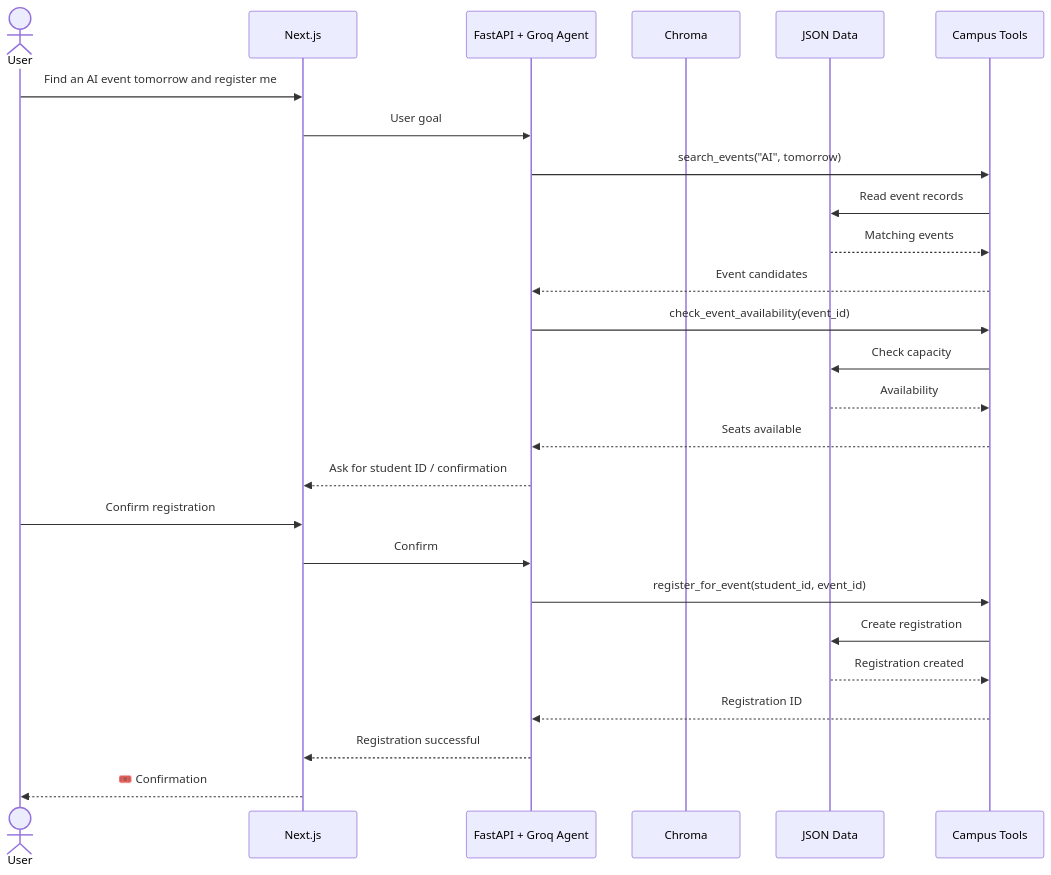
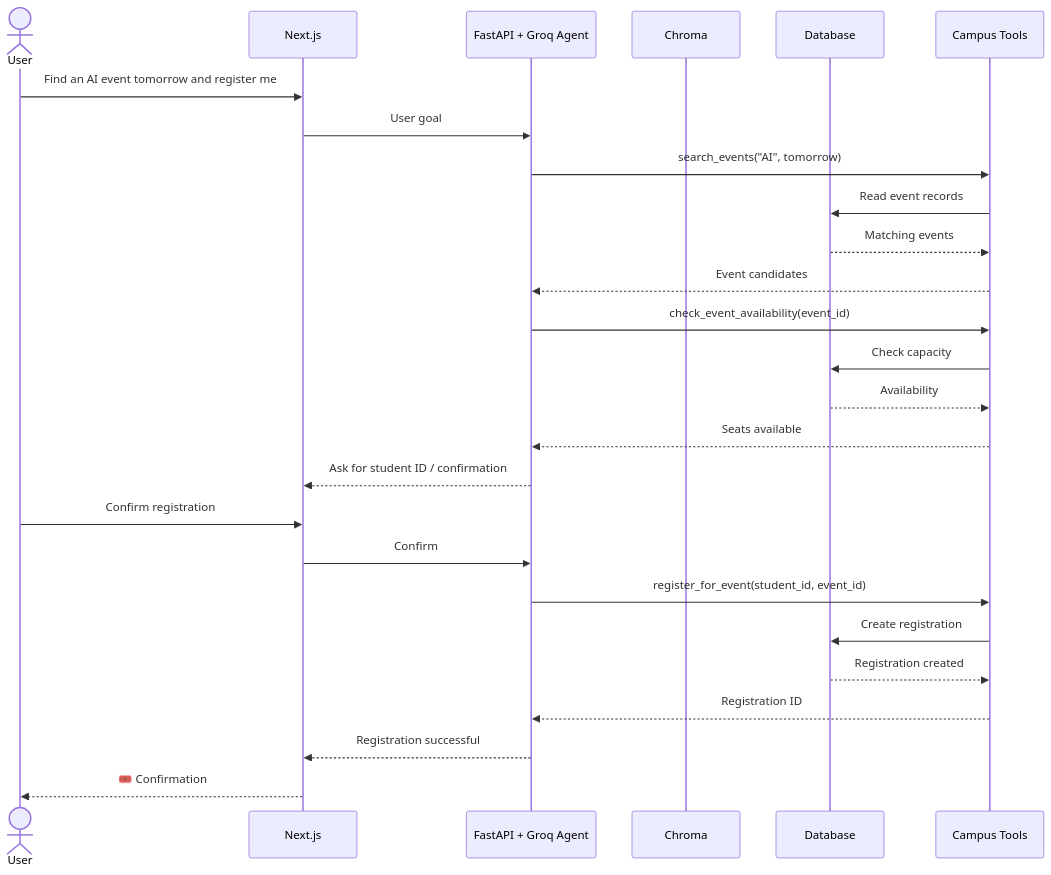
Before and after one commit to varunaditya27/campus-copilot: the second of 7 diagrams in README.md, drawn with Mermaid. The commit also changed other lines of this file and 28 other files, not shown here.

First line of the commit message:
feat: move structured data from JSON files to a SQL database

````diff
--- a/README.md
+++ b/README.md
@@ -80,29 +80,29 @@
 ```mermaid
 sequenceDiagram
     actor User
     participant UI as Next.js
     participant Agent as FastAPI + Groq Agent
     participant RAG as Chroma
-    participant Data as JSON Data
+    participant Data as Database
     participant Tool as Campus Tools
 
     User->>UI: Find an AI event tomorrow and register me
     UI->>Agent: User goal
     Agent->>Tool: search_events("AI", tomorrow)
     Tool->>Data: Read event records
     Data-->>Tool: Matching events
     Tool-->>Agent: Event candidates
     Agent->>Tool: check_event_availability(event_id)
     Tool->>Data: Check capacity
     Data-->>Tool: Availability
     Tool-->>Agent: Seats available
     Agent-->>UI: Ask for student ID / confirmation
     User->>UI: Confirm registration
     UI->>Agent: Confirm
     Agent->>Tool: register_for_event(student_id, event_id)
     Tool->>Data: Create registration
     Data-->>Tool: Registration created
     Tool-->>Agent: Registration ID
     Agent-->>UI: Registration successful
     UI-->>User: 🎟️ Confirmation
 ```
````
